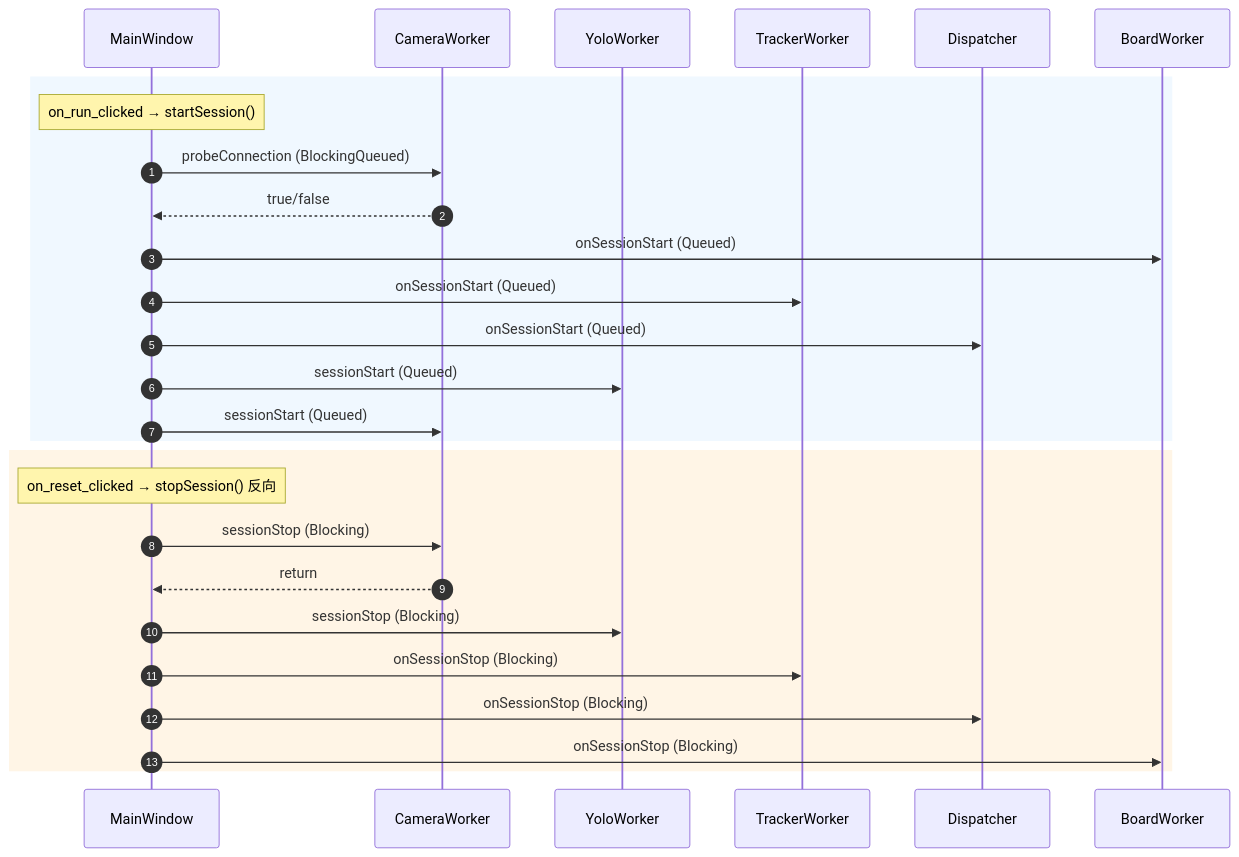
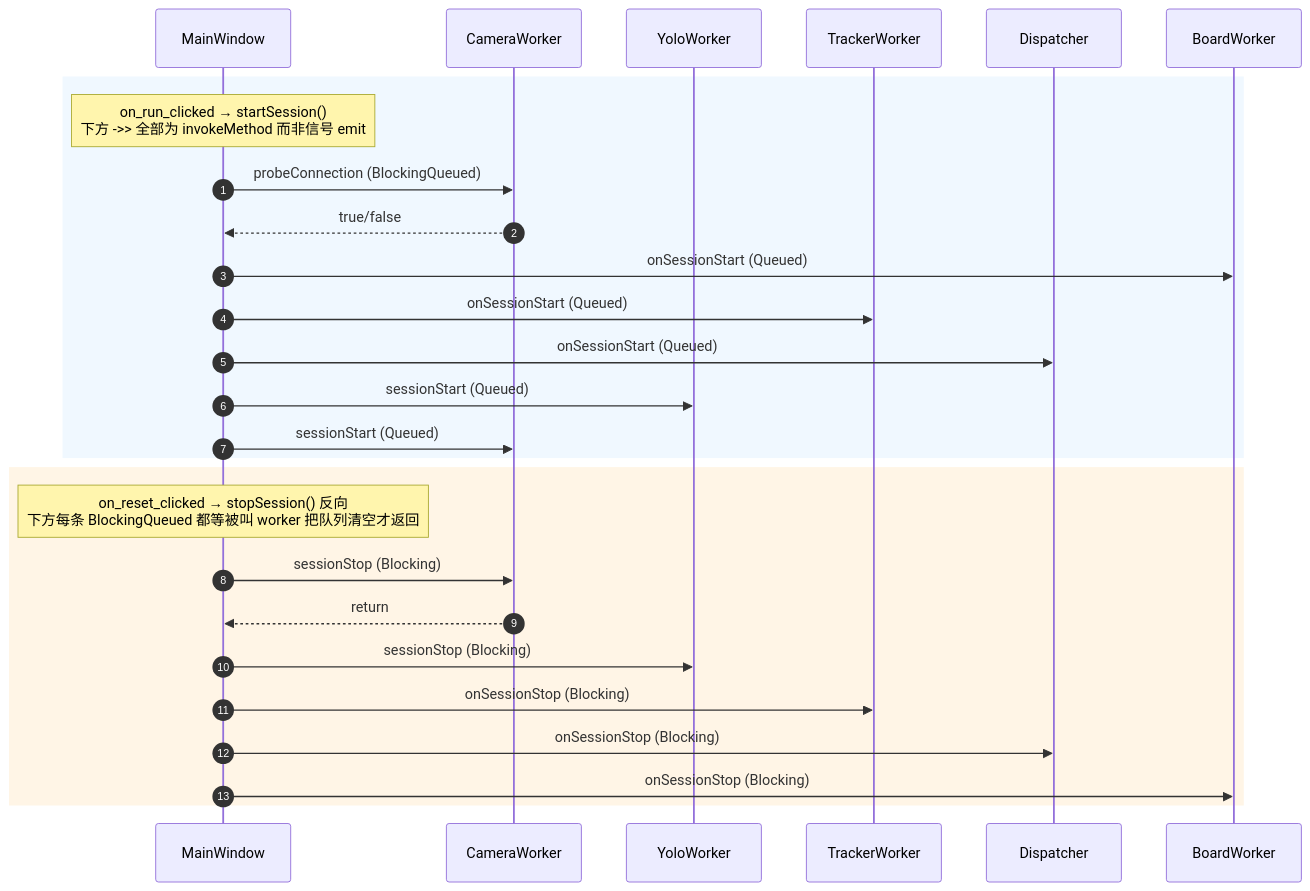
The sixth of 24 diagrams in docs/architecture.md (XiChYo/QINGLV), drawn with Mermaid before and after one commit. The commit also changed other lines of this file and 3 other files, not shown here.

````diff
--- a/docs/architecture.md
+++ b/docs/architecture.md
@@ -312,31 +326,31 @@
 ```mermaid
 sequenceDiagram
     autonumber
     participant UI as MainWindow
     participant Cam as CameraWorker
     participant Y as YoloWorker
     participant T as TrackerWorker
     participant D as Dispatcher
     participant B as BoardWorker
 
     rect rgb(240,248,255)
-    Note over UI: on_run_clicked → startSession()
+    Note over UI: on_run_clicked → startSession()<br/>下方 ->> 全部为 invokeMethod 而非信号 emit
     UI->>Cam: probeConnection (BlockingQueued)
     Cam-->>UI: true/false
     UI->>B: onSessionStart (Queued)
     UI->>T: onSessionStart (Queued)
     UI->>D: onSessionStart (Queued)
     UI->>Y: sessionStart (Queued)
     UI->>Cam: sessionStart (Queued)
     end
 
     rect rgb(255,245,230)
-    Note over UI: on_reset_clicked → stopSession() 反向
+    Note over UI: on_reset_clicked → stopSession() 反向<br/>下方每条 BlockingQueued 都等被叫 worker 把队列清空才返回
     UI->>Cam: sessionStop (Blocking)
     Cam-->>UI: return
     UI->>Y: sessionStop (Blocking)
     UI->>T: onSessionStop (Blocking)
     UI->>D: onSessionStop (Blocking)
     UI->>B: onSessionStop (Blocking)
     end
 ```
````
